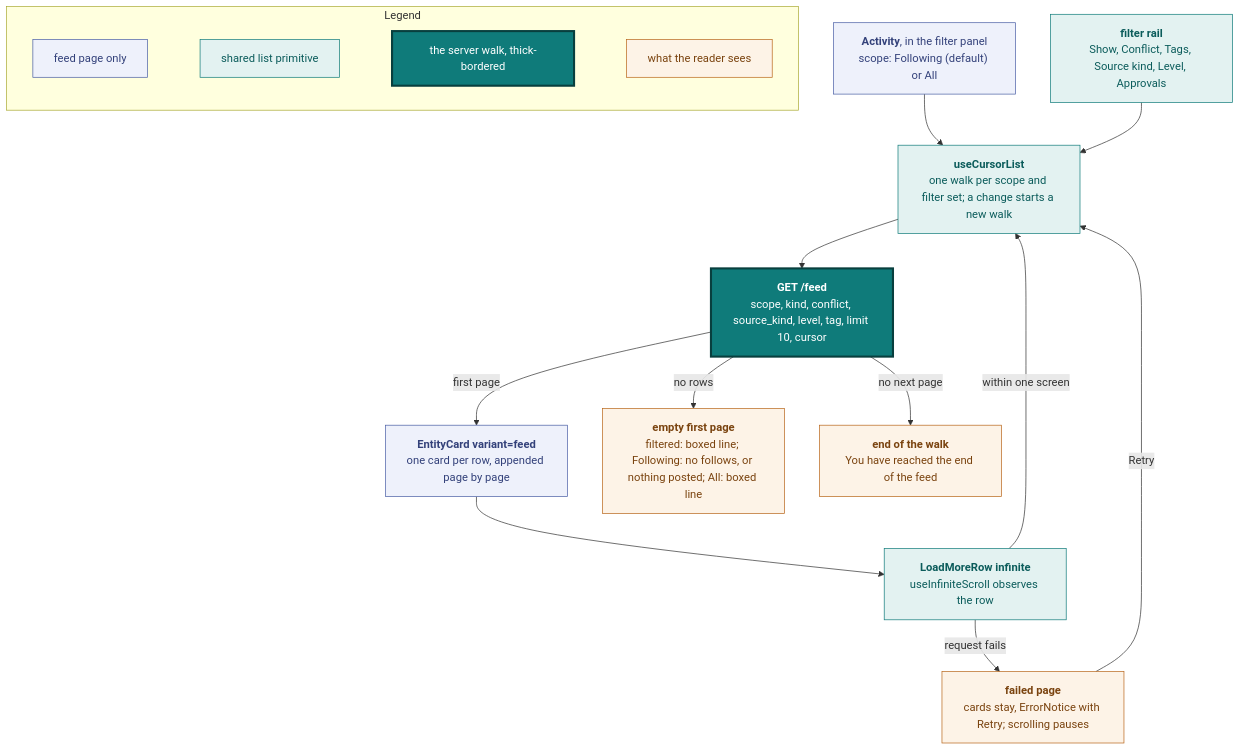
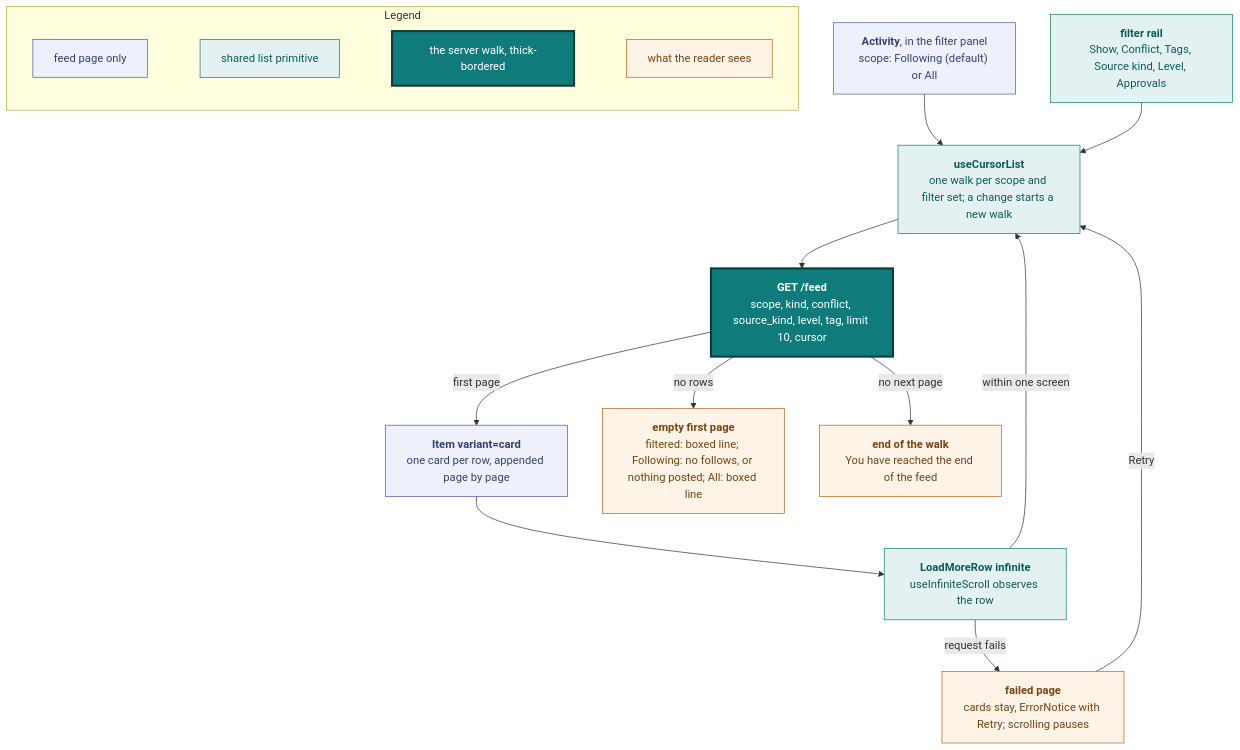
Diagram 16 of 23 in docs/design.md (vidithq/vidit), drawn with Mermaid before and after one commit. The commit also changed other lines of this file and 1 other file, not shown here.

Commit message:
docs(design): one Items section for the item component

````diff
--- a/docs/design.md
+++ b/docs/design.md
@@ -1353,46 +1415,46 @@
 ```mermaid
 flowchart TB
   classDef page fill:#eef1fb,stroke:#4a5fa5,color:#33417a
   classDef shared fill:#e3f2f1,stroke:#0f7b7a,color:#0b5c5b
   classDef core fill:#0f7b7a,stroke:#083f3e,stroke-width:3px,color:#ffffff
   classDef state fill:#fdf3e7,stroke:#b8661a,color:#7a430f
 
   subgraph legend [Legend]
     direction LR
     l1["`feed page only`"]:::page
     l2["`shared list primitive`"]:::shared
     l3["`the server walk, thick-bordered`"]:::core
     l4["`what the reader sees`"]:::state
     l1 ~~~ l2 ~~~ l3 ~~~ l4
   end
 
   toggle["`**Activity**, in the filter panel
   scope: Following (default) or All`"]:::page
   filters["`**filter rail**
   Show, Conflict, Tags, Source kind, Level, Approvals`"]:::shared
   walk["`**useCursorList**
   one walk per scope and filter set; a change starts a new walk`"]:::shared
   api["`**GET /feed**
   scope, kind, conflict, source_kind, level, tag, limit 10, cursor`"]:::core
-  cards["`**EntityCard variant=feed**
+  cards["`**Item variant=card**
   one card per row, appended page by page`"]:::page
   row["`**LoadMoreRow infinite**
   useInfiniteScroll observes the row`"]:::shared
 
   empty["`**empty first page**
   filtered: boxed line; Following: no follows, or nothing posted; All: boxed line`"]:::state
   failed["`**failed page**
   cards stay, ErrorNotice with Retry; scrolling pauses`"]:::state
   done["`**end of the walk**
   You have reached the end of the feed`"]:::state
 
   toggle --> walk --> api
   filters --> walk
   api -->|first page| cards
   api -->|no rows| empty
   cards --> row
   row -->|within one screen| walk
   row -->|request fails| failed
   failed -->|Retry| walk
   api -->|no next page| done
 ```
````
